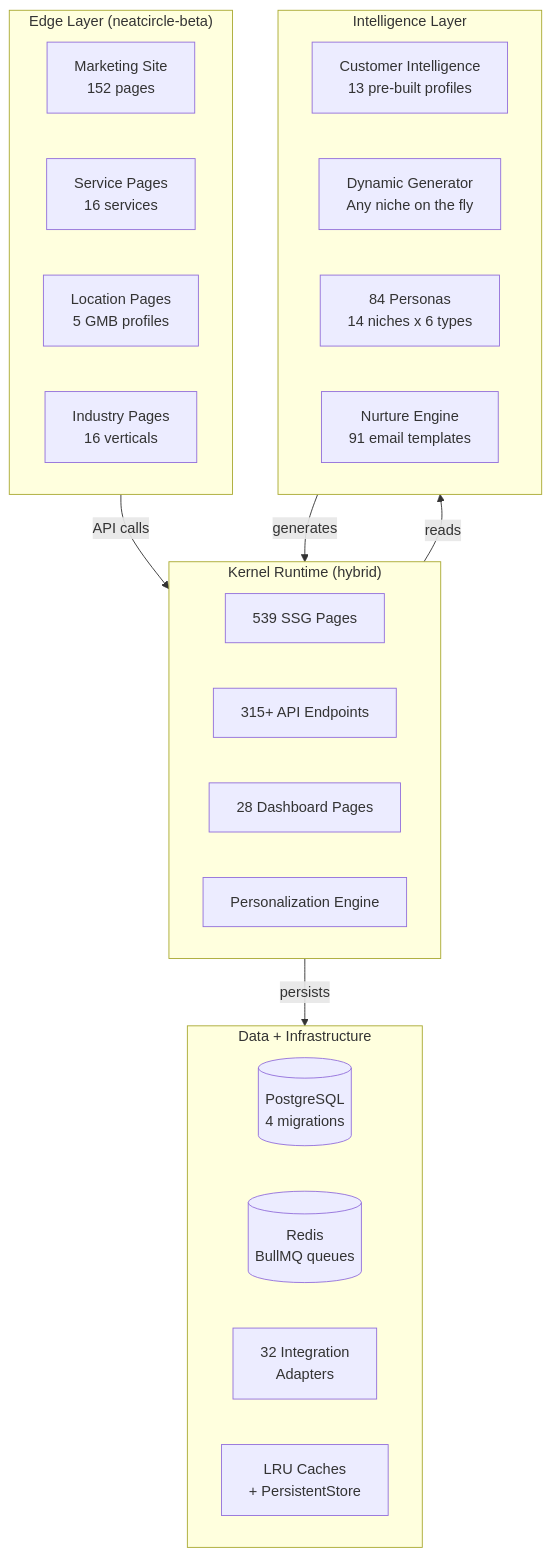
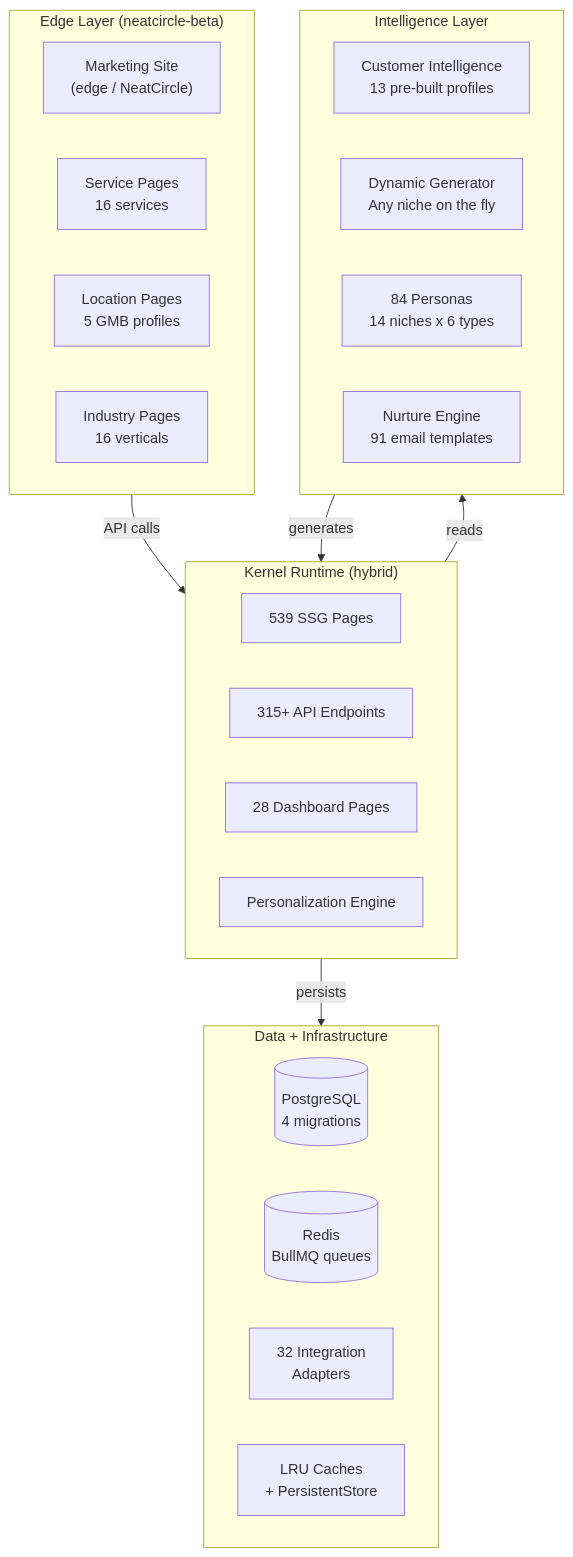
The first of 6 diagrams in docs/SYSTEM-DIAGRAMS.md (pinohu/lead-os), drawn with Mermaid before and after one commit. The commit also changed 34 other files, not shown here.

````diff
--- a/docs/SYSTEM-DIAGRAMS.md
+++ b/docs/SYSTEM-DIAGRAMS.md
@@ -11,39 +11,39 @@
 ```mermaid
 flowchart TB
     subgraph EDGE["Edge Layer (neatcircle-beta)"]
         direction LR
-        E1["Marketing Site\n152 pages"]
+        E1["Marketing Site\n(edge / NeatCircle)"]
         E2["Service Pages\n16 services"]
         E3["Location Pages\n5 GMB profiles"]
         E4["Industry Pages\n16 verticals"]
     end
 
     subgraph KERNEL["Kernel Runtime (hybrid)"]
         direction LR
         K1["539 SSG Pages"]
         K2["315+ API Endpoints"]
         K3["28 Dashboard Pages"]
         K4["Personalization Engine"]
     end
 
     subgraph INTELLIGENCE["Intelligence Layer"]
         direction LR
         I1["Customer Intelligence\n13 pre-built profiles"]
         I2["Dynamic Generator\nAny niche on the fly"]
         I3["84 Personas\n14 niches x 6 types"]
         I4["Nurture Engine\n91 email templates"]
     end
 
     subgraph DATA["Data + Infrastructure"]
         direction LR
         D1[("PostgreSQL\n4 migrations")]
         D2[("Redis\nBullMQ queues")]
         D3["32 Integration\nAdapters"]
         D4["LRU Caches\n+ PersistentStore"]
     end
 
     EDGE -->|"API calls"| KERNEL
     KERNEL -->|"reads"| INTELLIGENCE
     KERNEL -->|"persists"| DATA
     INTELLIGENCE -->|"generates"| KERNEL
 ```
````
